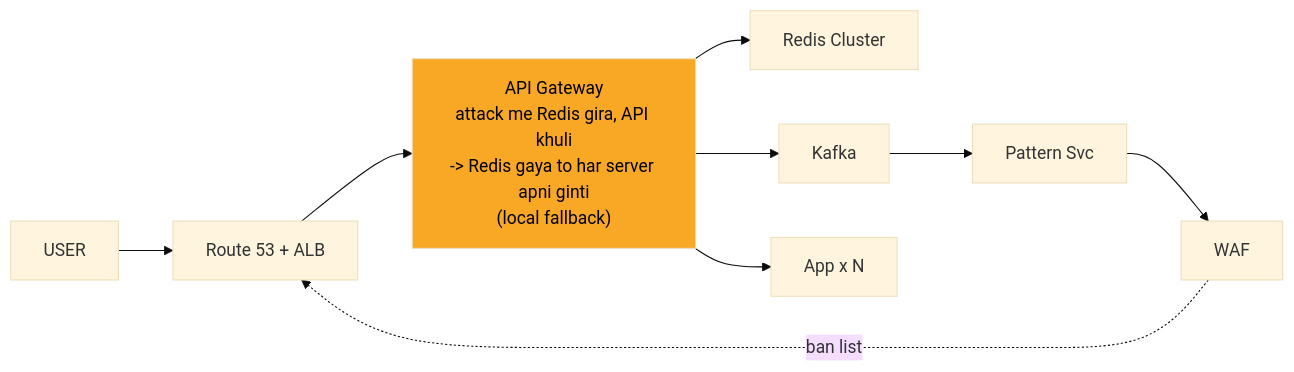
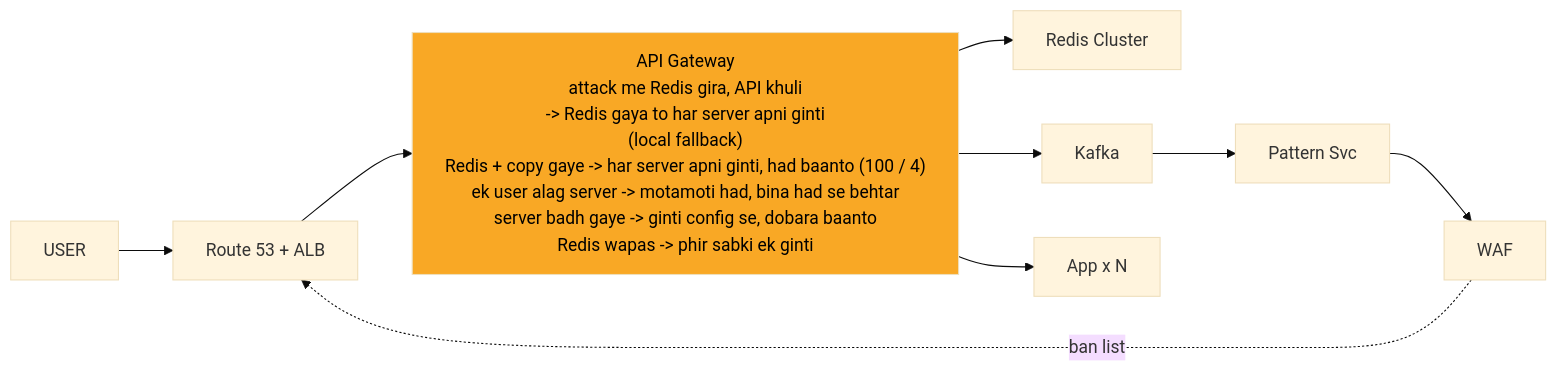
Before and after one commit to ArpanMaheshwari144/Prep: the ninth of 11 diagrams in 04_HLD/SYSTEM_DESIGNS/02_rate_limiter/02_rate_limiter.md, drawn with Mermaid (base theme). The commit also changed other lines of this file and 12 other files, not shown here.

Commit message:
hld 02-14: peele dabbe me SAFAR ke mod + diagram chauda (wrappingWidth 450)

````diff
--- a/04_HLD/SYSTEM_DESIGNS/02_rate_limiter/02_rate_limiter.md
+++ b/04_HLD/SYSTEM_DESIGNS/02_rate_limiter/02_rate_limiter.md
@@ -360,20 +368,21 @@
 ```mermaid
+%%{init: {"flowchart": {"wrappingWidth": 450}}}%%
 flowchart LR
     n_USER["USER"]
     n_EDGE["Route 53 + ALB"]
-    n_API_Gateway["API Gateway<br/>attack me Redis gira, API khuli<br/>-> Redis gaya to har server apni ginti<br/>(local fallback)"]
+    n_API_Gateway["API Gateway<br/>attack me Redis gira, API khuli<br/>-> Redis gaya to har server apni ginti<br/>(local fallback)<br/>Redis + copy gaye -> har server apni ginti, had baanto (100 / 4)<br/>ek user alag server -> motamoti had, bina had se behtar<br/>server badh gaye -> ginti config se, dobara baanto<br/>Redis wapas -> phir sabki ek ginti"]
     n_Redis_Cluster["Redis Cluster"]
     n_Kafka["Kafka"]
     n_Pattern_Svc["Pattern Svc"]
     n_WAF["WAF"]
     n_App_xN["App x N"]
     n_EDGE --> n_API_Gateway
     n_API_Gateway --> n_Redis_Cluster
     n_API_Gateway --> n_App_xN
     n_Kafka --> n_Pattern_Svc
     n_Pattern_Svc --> n_WAF
     n_API_Gateway --> n_Kafka
     n_USER --> n_EDGE
     n_WAF -.->|ban list| n_EDGE
     style n_API_Gateway fill:#f9a825,color:#000
 ```
````
